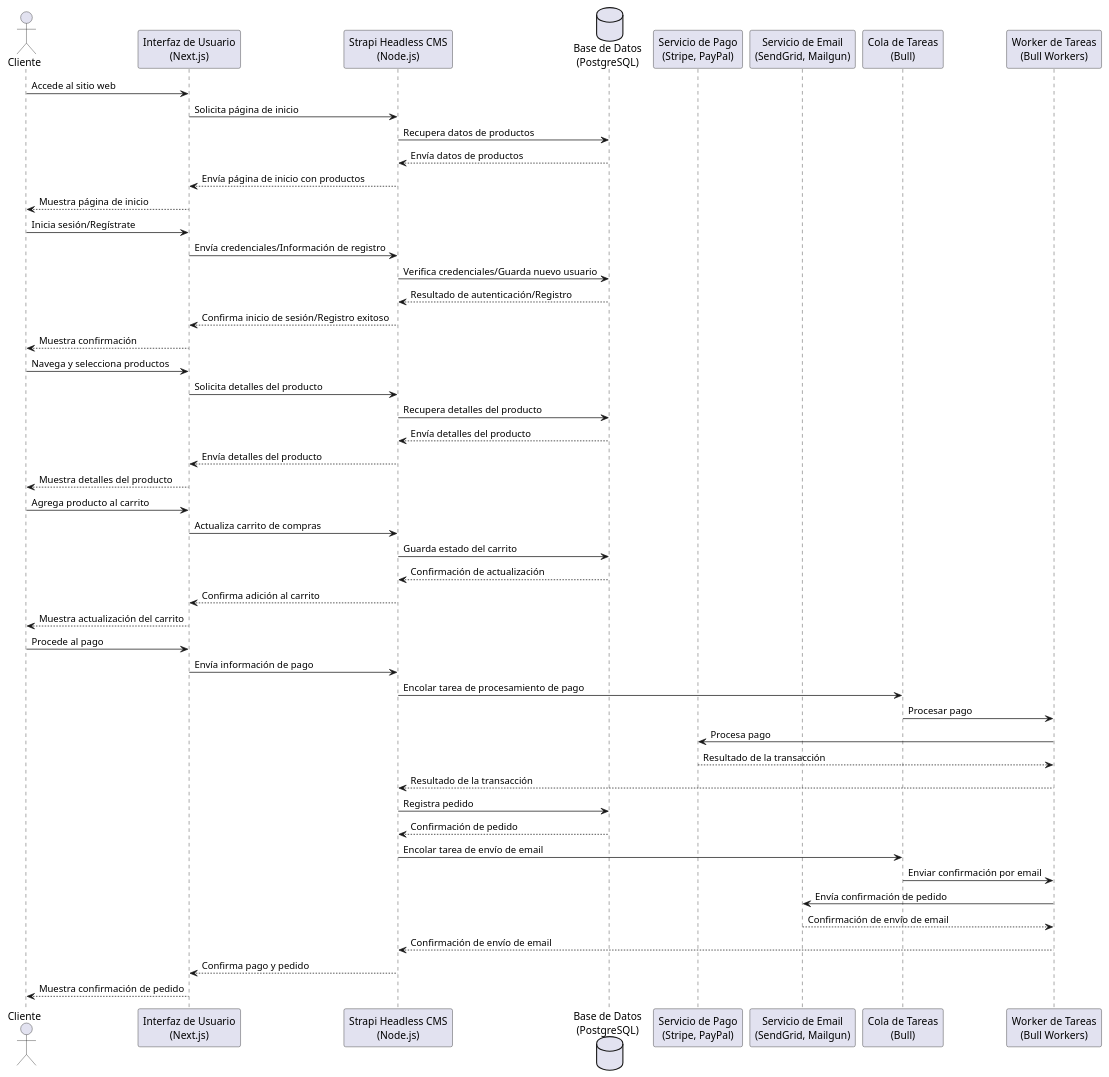
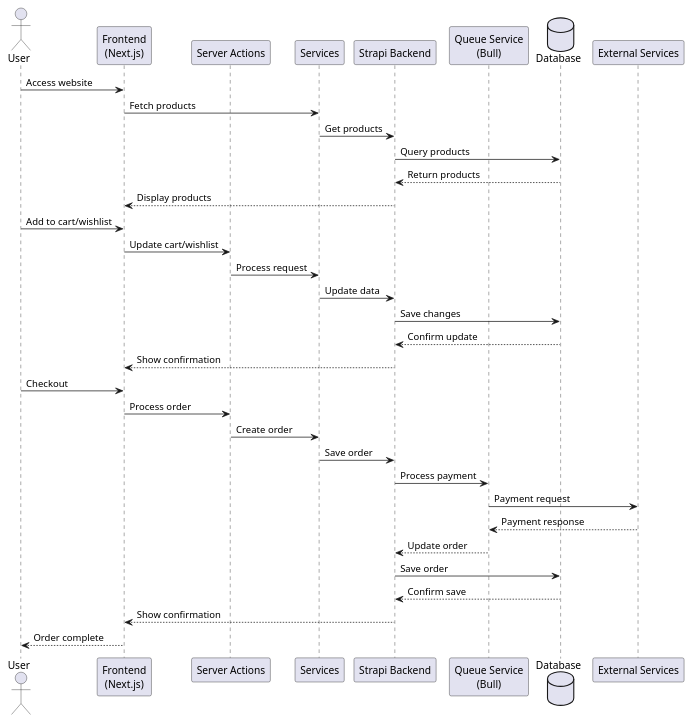
The diagram in doc/diagramas/secuencia.puml (EngJuanSER/ArtesaniasBGA-2), drawn with PlantUML before and after one commit. The commit also changed 4 other files, not shown here.

Commit message:
Diagrams

```diff
--- a/doc/diagramas/secuencia.puml
+++ b/doc/diagramas/secuencia.puml
@@ -1,55 +1,39 @@
-@startuml DiagramaSecuencia
-actor Cliente
-participant "Interfaz de Usuario\n(Next.js)" as Frontend
-participant "Strapi Headless CMS\n(Node.js)" as Backend
-database "Base de Datos\n(PostgreSQL)" as Database
-participant "Servicio de Pago\n(Stripe, PayPal)" as PaymentService
-participant "Servicio de Email\n(SendGrid, Mailgun)" as EmailService
-participant "Cola de Tareas\n(Bull)" as QueueService
-participant "Worker de Tareas\n(Bull Workers)" as TaskWorker
+@startuml
+actor User
+participant "Frontend\n(Next.js)" as Frontend
+participant "Server Actions" as Actions
+participant "Services" as Services
+participant "Strapi Backend" as Backend
+participant "Queue Service\n(Bull)" as Queue
+database "Database" as DB
+participant "External Services" as External
 
-Cliente -> Frontend: Accede al sitio web
-Frontend -> Backend: Solicita página de inicio
-Backend -> Database: Recupera datos de productos
-Database --> Backend: Envía datos de productos
-Backend --> Frontend: Envía página de inicio con productos
-Frontend --> Cliente: Muestra página de inicio
+User -> Frontend: Access website
+Frontend -> Services: Fetch products
+Services -> Backend: Get products
+Backend -> DB: Query products
+DB --> Backend: Return products
+Backend --> Frontend: Display products
 
-Cliente -> Frontend: Inicia sesión/Regístrate
-Frontend -> Backend: Envía credenciales/Información de registro
-Backend -> Database: Verifica credenciales/Guarda nuevo usuario
-Database --> Backend: Resultado de autenticación/Registro
-Backend --> Frontend: Confirma inicio de sesión/Registro exitoso
-Frontend --> Cliente: Muestra confirmación
+User -> Frontend: Add to cart/wishlist
+Frontend -> Actions: Update cart/wishlist
+Actions -> Services: Process request
+Services -> Backend: Update data
+Backend -> DB: Save changes
+DB --> Backend: Confirm update
+Backend --> Frontend: Show confirmation
 
-Cliente -> Frontend: Navega y selecciona productos
-Frontend -> Backend: Solicita detalles del producto
-Backend -> Database: Recupera detalles del producto
-Database --> Backend: Envía detalles del producto
-Backend --> Frontend: Envía detalles del producto
-Frontend --> Cliente: Muestra detalles del producto
+User -> Frontend: Checkout
+Frontend -> Actions: Process order
+Actions -> Services: Create order
+Services -> Backend: Save order
+Backend -> Queue: Process payment
+Queue -> External: Payment request
+External --> Queue: Payment response
+Queue --> Backend: Update order
+Backend -> DB: Save order
+DB --> Backend: Confirm save
+Backend --> Frontend: Show confirmation
+Frontend --> User: Order complete
 
-Cliente -> Frontend: Agrega producto al carrito
-Frontend -> Backend: Actualiza carrito de compras
-Backend -> Database: Guarda estado del carrito
-Database --> Backend: Confirmación de actualización
-Backend --> Frontend: Confirma adición al carrito
-Frontend --> Cliente: Muestra actualización del carrito
-
-Cliente -> Frontend: Procede al pago
-Frontend -> Backend: Envía información de pago
-Backend -> QueueService: Encolar tarea de procesamiento de pago
-QueueService -> TaskWorker: Procesar pago
-TaskWorker -> PaymentService: Procesa pago
-PaymentService --> TaskWorker: Resultado de la transacción
-TaskWorker --> Backend: Resultado de la transacción
-Backend -> Database: Registra pedido
-Database --> Backend: Confirmación de pedido
-Backend -> QueueService: Encolar tarea de envío de email
-QueueService -> TaskWorker: Enviar confirmación por email
-TaskWorker -> EmailService: Envía confirmación de pedido
-EmailService --> TaskWorker: Confirmación de envío de email
-TaskWorker --> Backend: Confirmación de envío de email
-Backend --> Frontend: Confirma pago y pedido
-Frontend --> Cliente: Muestra confirmación de pedido
 @enduml
```
